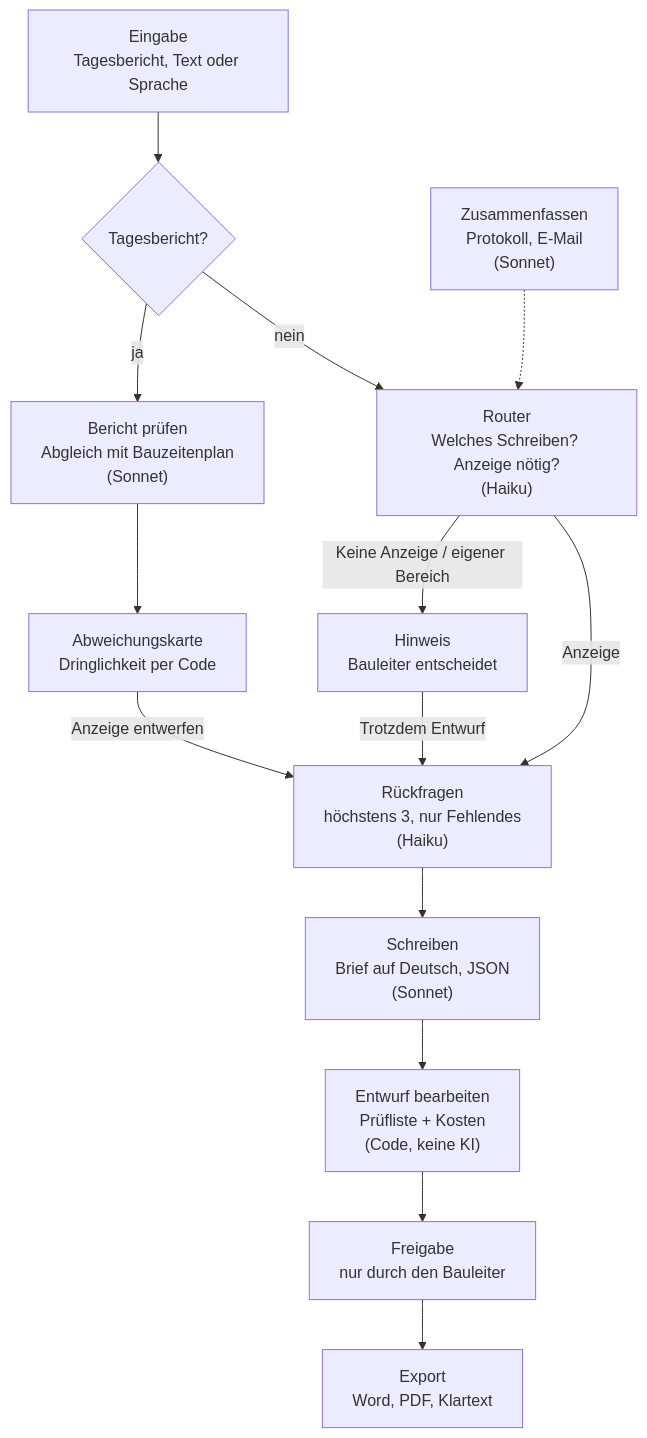
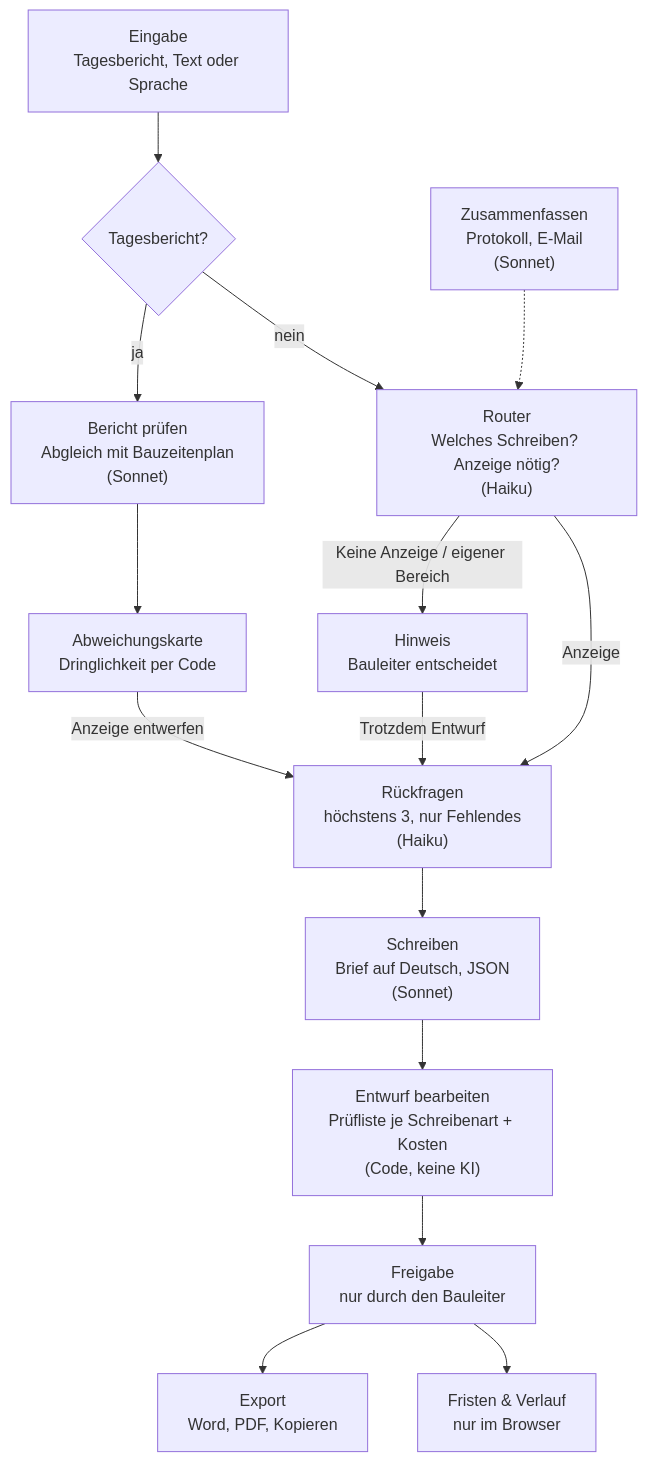
The diagram in docs/ARCHITEKTUR.md (maihackingsession/Sakurajima.Project.B), drawn with Mermaid before and after one commit. The commit also changed other lines of this file and 6 other files, not shown here.

Commit message:
Docs v3: README, ARCHITEKTUR, INTEGRATION (internal routes, not public), HANDOVER §3/§13, architecture deck asset

````diff
--- a/docs/ARCHITEKTUR.md
+++ b/docs/ARCHITEKTUR.md
@@ -3,16 +3,17 @@
 ```mermaid
 flowchart TD
     A["Eingabe<br/>Tagesbericht, Text oder Sprache"] --> B{"Tagesbericht?"}
     B -- ja --> C["Bericht prüfen<br/>Abgleich mit Bauzeitenplan<br/>(Sonnet)"]
     C --> D["Abweichungskarte<br/>Dringlichkeit per Code"]
     D -- "Anzeige entwerfen" --> F
     B -- nein --> E["Router<br/>Welches Schreiben? Anzeige nötig?<br/>(Haiku)"]
     E -- "Keine Anzeige / eigener Bereich" --> E2["Hinweis<br/>Bauleiter entscheidet"]
     E2 -- "Trotzdem Entwurf" --> F
     E -- "Anzeige" --> F["Rückfragen<br/>höchstens 3, nur Fehlendes<br/>(Haiku)"]
     F --> G["Schreiben<br/>Brief auf Deutsch, JSON<br/>(Sonnet)"]
-    G --> H["Entwurf bearbeiten<br/>Prüfliste + Kosten<br/>(Code, keine KI)"]
+    G --> H["Entwurf bearbeiten<br/>Prüfliste je Schreibenart + Kosten<br/>(Code, keine KI)"]
     H --> I["Freigabe<br/>nur durch den Bauleiter"]
-    I --> J["Export<br/>Word, PDF, Klartext"]
+    I --> J["Export<br/>Word, PDF, Kopieren"]
+    I --> V["Fristen & Verlauf<br/>nur im Browser"]
     S["Zusammenfassen<br/>Protokoll, E-Mail<br/>(Sonnet)"] -.-> E
 ```
````
